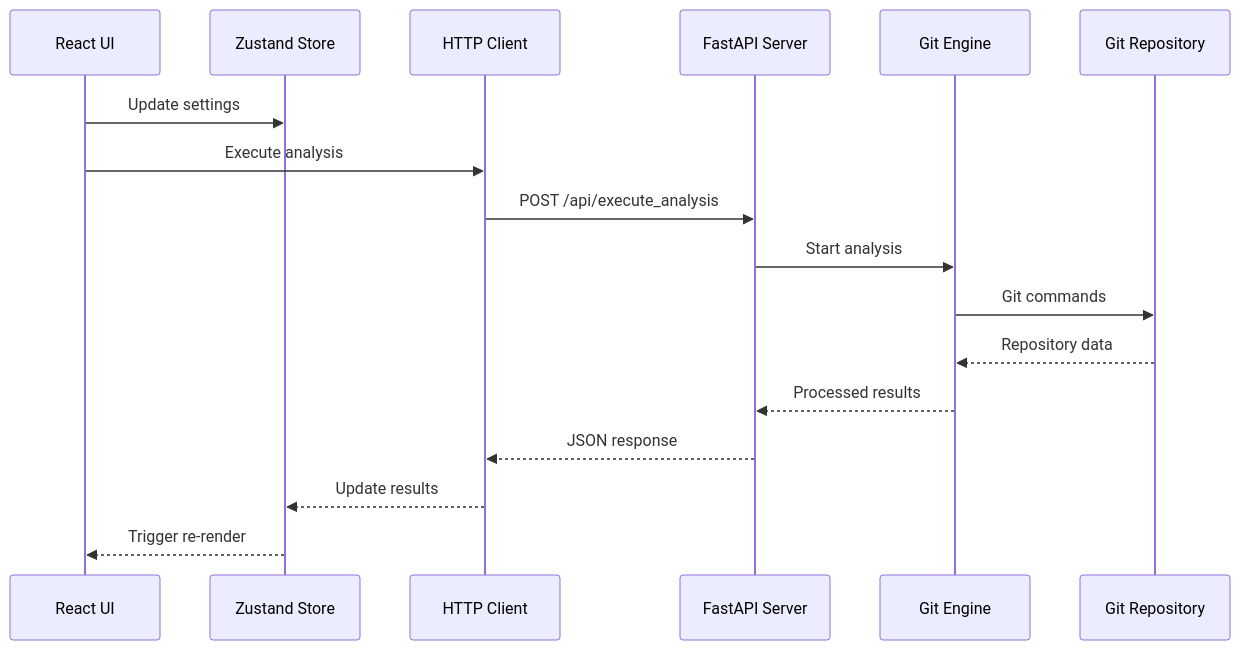
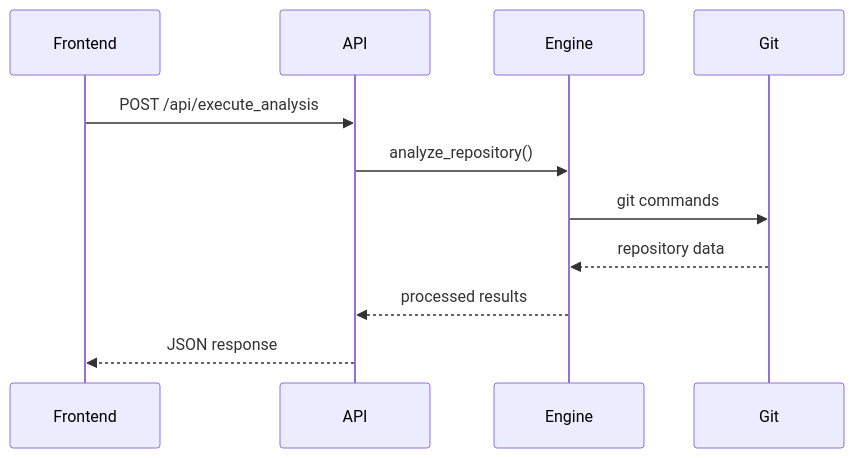
Before and after one commit to boost-edu-tools/gitinspectorgui: the second of 4 diagrams in docs/architecture/overview.md, drawn with Mermaid. The commit also changed other lines of this file and 11 other files, not shown here.

````diff
--- a/docs/architecture/overview.md
+++ b/docs/architecture/overview.md
@@ -162,20 +72,9 @@
 ```mermaid
 sequenceDiagram
-    participant UI as React UI
-    participant Store as Zustand Store
-    participant Client as HTTP Client
-    participant API as FastAPI Server
-    participant Engine as Git Engine
-    participant Git as Git Repository
-
-    UI->>Store: Update settings
-    UI->>Client: Execute analysis
-    Client->>API: POST /api/execute_analysis
-    API->>Engine: Start analysis
-    Engine->>Git: Git commands
-    Git-->>Engine: Repository data
-    Engine-->>API: Processed results
-    API-->>Client: JSON response
-    Client-->>Store: Update results
-    Store-->>UI: Trigger re-render
+    Frontend->>API: POST /api/execute_analysis
+    API->>Engine: analyze_repository()
+    Engine->>Git: git commands
+    Git-->>Engine: repository data
+    Engine-->>API: processed results
+    API-->>Frontend: JSON response
 ```
````
